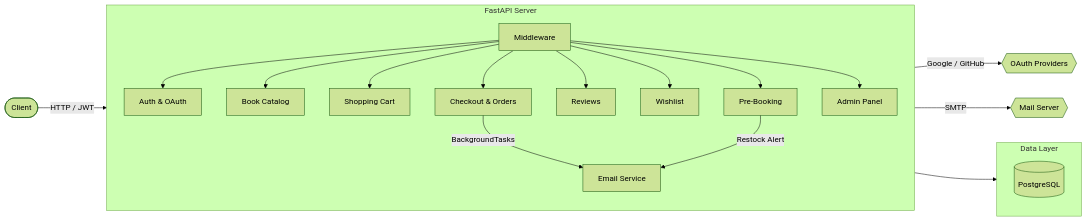
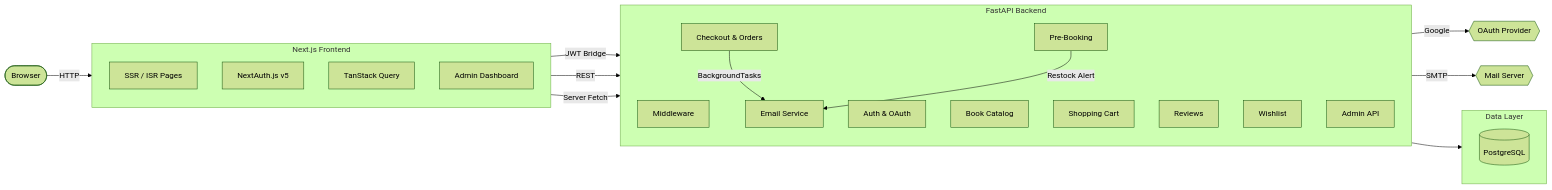
The first of 3 diagrams in README.md (Sushasan11/bookstore), drawn with Mermaid (forest theme) before and after one commit. The commit also changed other lines of this file, not shown here.

First line of the commit message:
docs: rewrite README for full-stack monorepo (backend + frontend)

````diff
--- a/README.md
+++ b/README.md
@@ -64,31 +33,41 @@
 ```mermaid
 graph LR
-    Client([Client])
+    Browser([Browser])
 
-    subgraph Server["FastAPI Server"]
+    subgraph Frontend["Next.js Frontend"]
+        direction TB
+        SSR[SSR / ISR Pages]
+        NextAuth[NextAuth.js v5]
+        TQ[TanStack Query]
+        Admin[Admin Dashboard]
+    end
+
+    subgraph Backend["FastAPI Backend"]
         direction TB
         MW[Middleware]
         Auth[Auth & OAuth]
         Catalog[Book Catalog]
         Cart[Shopping Cart]
         Orders[Checkout & Orders]
         Reviews[Reviews]
         Wishlist[Wishlist]
         PreBook[Pre-Booking]
-        Admin[Admin Panel]
+        AdminAPI[Admin API]
         Email[Email Service]
     end
 
     subgraph Data["Data Layer"]
         direction TB
         PG[(PostgreSQL)]
     end
 
-    Client -->|HTTP / JWT| MW
-    MW --> Auth & Catalog & Cart & Orders & Reviews & Wishlist & PreBook & Admin
-    Auth -->|Google / GitHub| OAuth{{OAuth Providers}}
-    Server --> PG
+    Browser -->|HTTP| Frontend
+    NextAuth -->|JWT Bridge| Auth
+    TQ -->|REST| Backend
+    SSR -->|Server Fetch| Backend
+    Auth -->|Google| OAuth{{OAuth Provider}}
+    Backend --> PG
     Orders -->|BackgroundTasks| Email
     PreBook -->|Restock Alert| Email
     Email -->|SMTP| MailServer{{Mail Server}}
 ```
````
